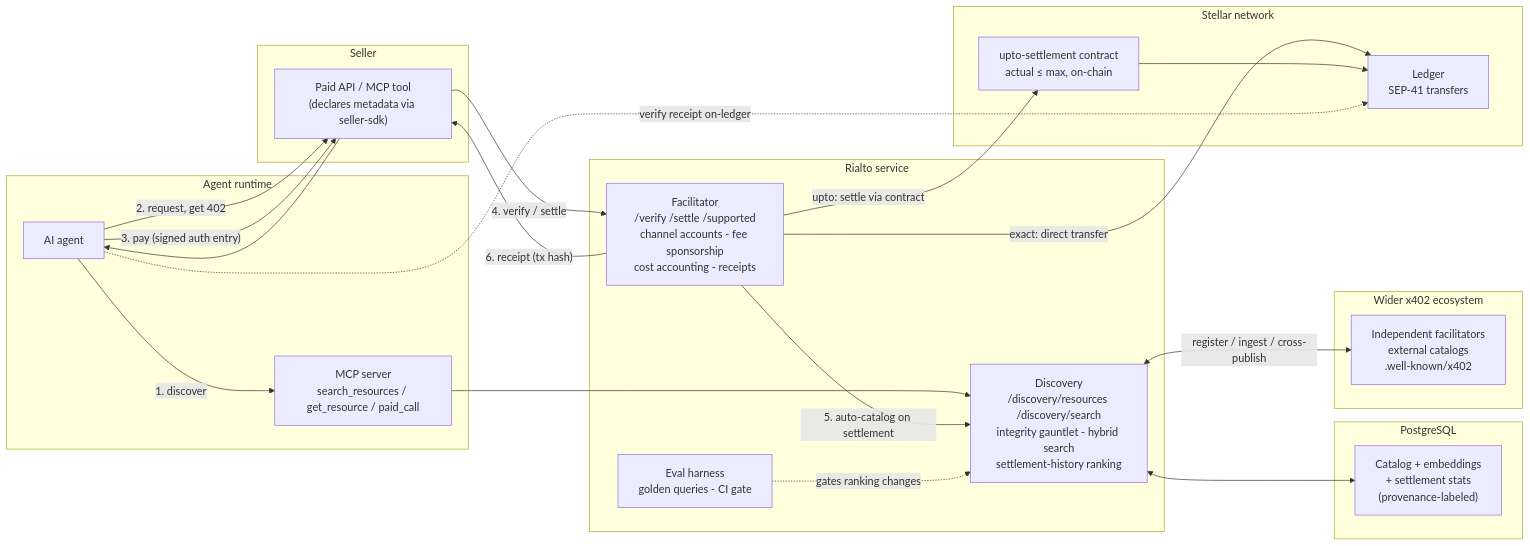
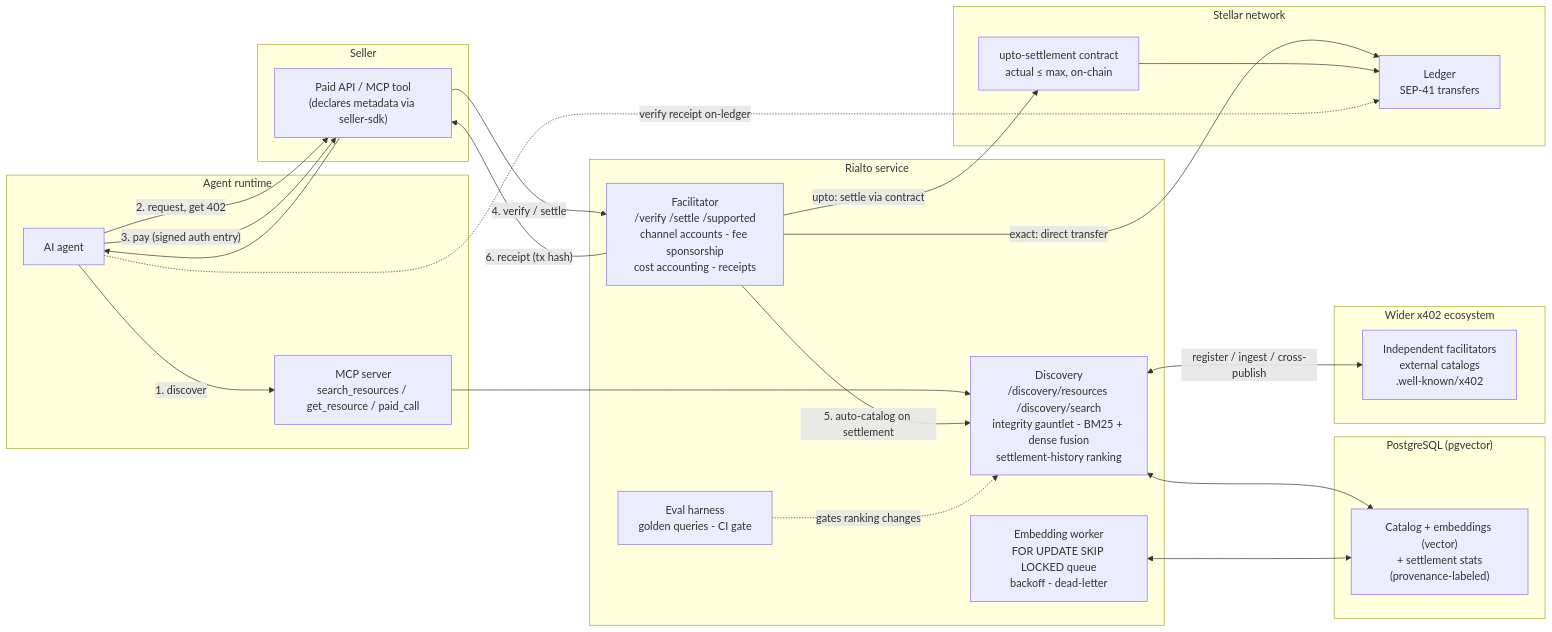
Before and after one commit to 0d1026/Rialto: the third of 3 diagrams in docs/architecture.md, drawn with Mermaid. The commit also changed other lines of this file and 62 other files, not shown here.

````diff
--- a/docs/architecture.md
+++ b/docs/architecture.md
@@ -275,43 +298,45 @@
 ```mermaid
 flowchart LR
     subgraph AGENT["Agent runtime"]
         A[AI agent]
         MCP["MCP server<br/>search_resources / get_resource / paid_call"]
     end
 
     subgraph SELLER["Seller"]
         S["Paid API / MCP tool<br/>(declares metadata via seller-sdk)"]
     end
 
     subgraph RIALTO["Rialto service"]
         F["Facilitator<br/>/verify /settle /supported<br/>channel accounts - fee sponsorship<br/>cost accounting - receipts"]
-        D["Discovery<br/>/discovery/resources /discovery/search<br/>integrity gauntlet - hybrid search<br/>settlement-history ranking"]
+        D["Discovery<br/>/discovery/resources /discovery/search<br/>integrity gauntlet - BM25 + dense fusion<br/>settlement-history ranking"]
+        W["Embedding worker<br/>FOR UPDATE SKIP LOCKED queue<br/>backoff - dead-letter"]
         EV["Eval harness<br/>golden queries - CI gate"]
     end
 
-    subgraph PG["PostgreSQL"]
-        C["Catalog + embeddings<br/>+ settlement stats<br/>(provenance-labeled)"]
+    subgraph PG["PostgreSQL (pgvector)"]
+        C["Catalog + embeddings (vector)<br/>+ settlement stats<br/>(provenance-labeled)"]
     end
 
     subgraph CHAIN["Stellar network"]
         L["Ledger<br/>SEP-41 transfers"]
         U["upto-settlement contract<br/>actual &le; max, on-chain"]
     end
 
     subgraph EXT["Wider x402 ecosystem"]
         X["Independent facilitators<br/>external catalogs<br/>.well-known/x402"]
     end
 
     A -->|"1. discover"| MCP --> D
     A -->|"2. request, get 402"| S
     A -->|"3. pay (signed auth entry)"| S
     S -->|"4. verify / settle"| F
     F -->|"exact: direct transfer"| L
     F -->|"upto: settle via contract"| U --> L
     F -->|"5. auto-catalog on settlement"| D
     D <--> C
+    W <--> C
     F -->|"6. receipt (tx hash)"| S --> A
     A -.->|"verify receipt on-ledger"| L
     D <-->|"register / ingest / cross-publish"| X
     EV -.->|"gates ranking changes"| D
 ```
````
